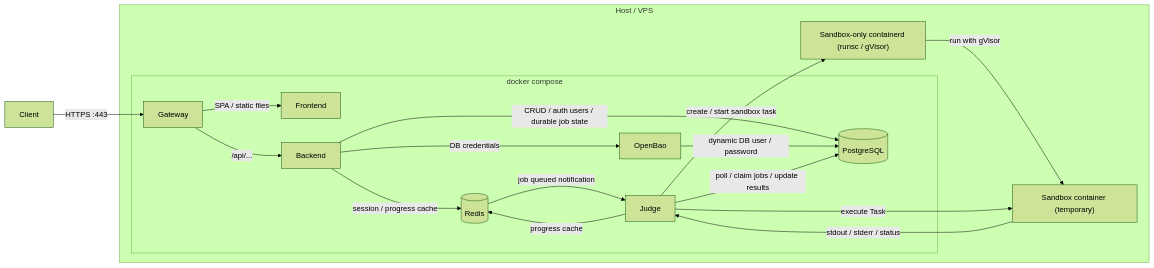
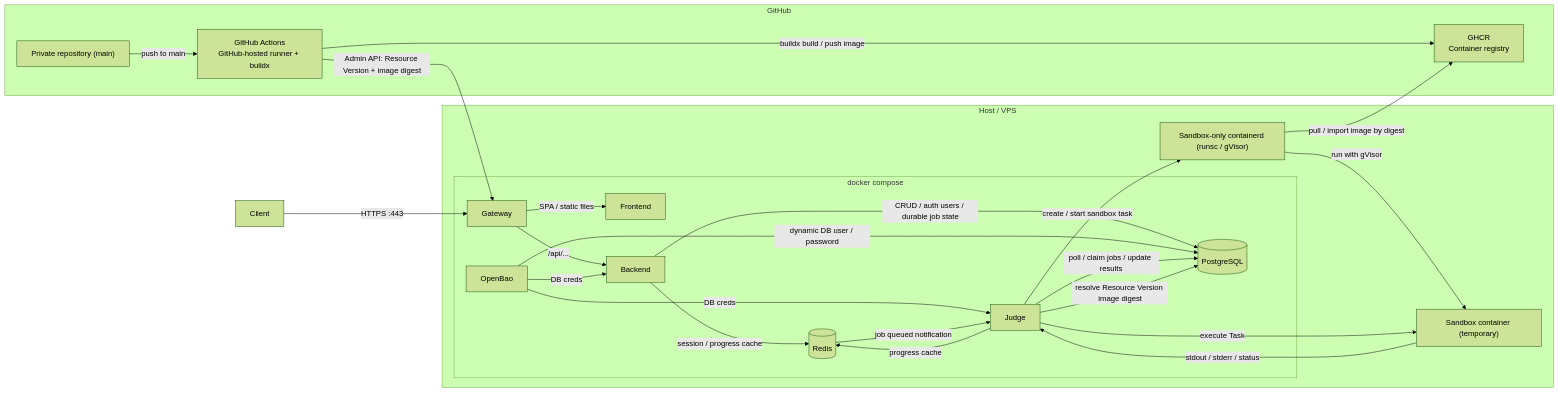
One commit to dsa-uts/dsa-project changed the diagram in docs/spec/README.md. Above: the diagram before and after it, drawn with Mermaid (forest theme). The commit also changed other lines of this file, not shown here.

````diff
--- a/docs/spec/README.md
+++ b/docs/spec/README.md
@@ -83,37 +91,50 @@
 ```mermaid
 flowchart LR
   client[Client]
+
+  subgraph github["GitHub"]
+    repo["Private repository (main)"]
+    gha["GitHub Actions<br/>GitHub-hosted runner + buildx"]
+    ghcr["GHCR<br/>Container registry"]
+  end
 
   subgraph host["Host / VPS"]
     subgraph compose["docker compose"]
       GW[Gateway]
       FE[Frontend]
       BE[Backend]
       DB[(PostgreSQL)]
       RD[(Redis)]
       OB[OpenBao]
       JD[Judge]
     end
 
     SCD["Sandbox-only containerd (runsc / gVisor)"]
 
     sandbox["Sandbox container (temporary)"]
   end
 
+  repo -->|push to main| gha
+  gha -->|buildx build / push image| ghcr
+  gha -->|Admin API: Resource Version + image digest| GW
+
   client -->|HTTPS :443| GW
   GW -->|SPA / static files| FE
   GW -->|/api/...| BE
 
   BE -->|CRUD / auth users / durable job state| DB
   BE -->|session / progress cache| RD
-  BE -->|DB credentials| OB
+  OB -->|DB creds| BE
+  OB -->|DB creds| JD
   OB -->|dynamic DB user / password| DB
   RD -->|job queued notification| JD
 
   JD -->|poll / claim jobs / update results| DB
   JD -->|progress cache| RD
+  JD -->|resolve Resource Version image digest| DB
+  SCD -->|pull / import image by digest| ghcr
   JD -->|create / start sandbox task| SCD
   SCD -->|run with gVisor| sandbox
   JD -->|execute Task| sandbox
   sandbox -->|stdout / stderr / status| JD
 ```
````
